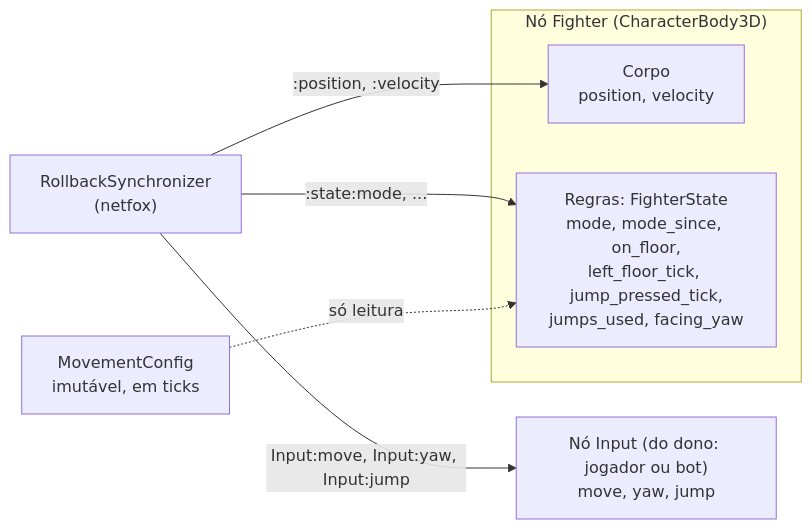
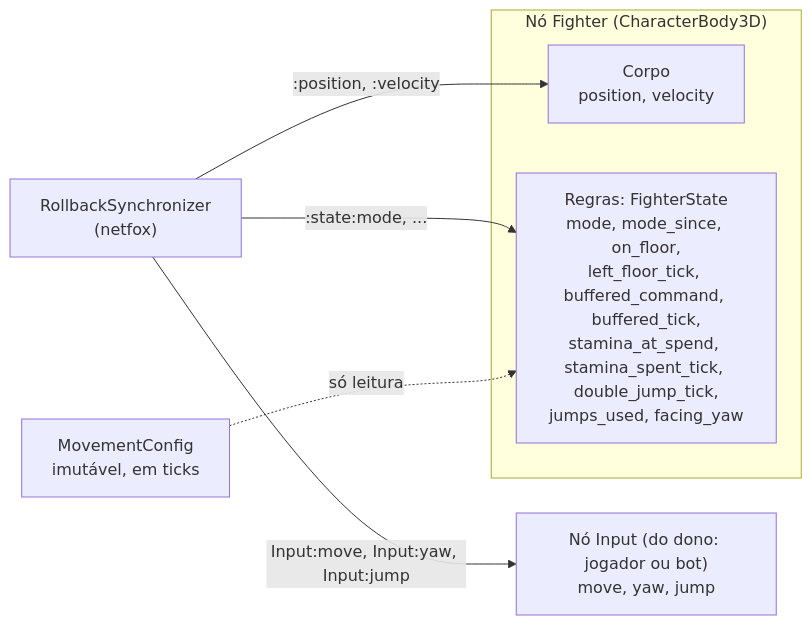
Before and after one commit to Kibryant/jogo-acrobatico: the second of 5 diagrams in docs/arquitetura/visao-geral.md, drawn with Mermaid. The commit also changed other lines of this file and 9 other files, not shown here.

````diff
--- a/docs/arquitetura/visao-geral.md
+++ b/docs/arquitetura/visao-geral.md
@@ -76,14 +76,14 @@
 ```mermaid
 flowchart LR
   subgraph fighter["Nó Fighter (CharacterBody3D)"]
     corpo["Corpo<br/>position, velocity"]
-    regras["Regras: FighterState<br/>mode, mode_since, on_floor,<br/>left_floor_tick, jump_pressed_tick,<br/>jumps_used, facing_yaw"]
+    regras["Regras: FighterState<br/>mode, mode_since, on_floor,<br/>left_floor_tick, buffered_command, buffered_tick,<br/>stamina_at_spend, stamina_spent_tick, double_jump_tick,<br/>jumps_used, facing_yaw"]
   end
   input["Nó Input (do dono: jogador ou bot)<br/>move, yaw, jump"]
   config["MovementConfig<br/>imutável, em ticks"]
   rbs["RollbackSynchronizer<br/>(netfox)"]
   rbs -- ":position, :velocity" --> corpo
   rbs -- ":state:mode, ..." --> regras
   rbs -- "Input:move, Input:yaw, Input:jump" --> input
   config -. "só leitura" .-> regras
 ```
````
